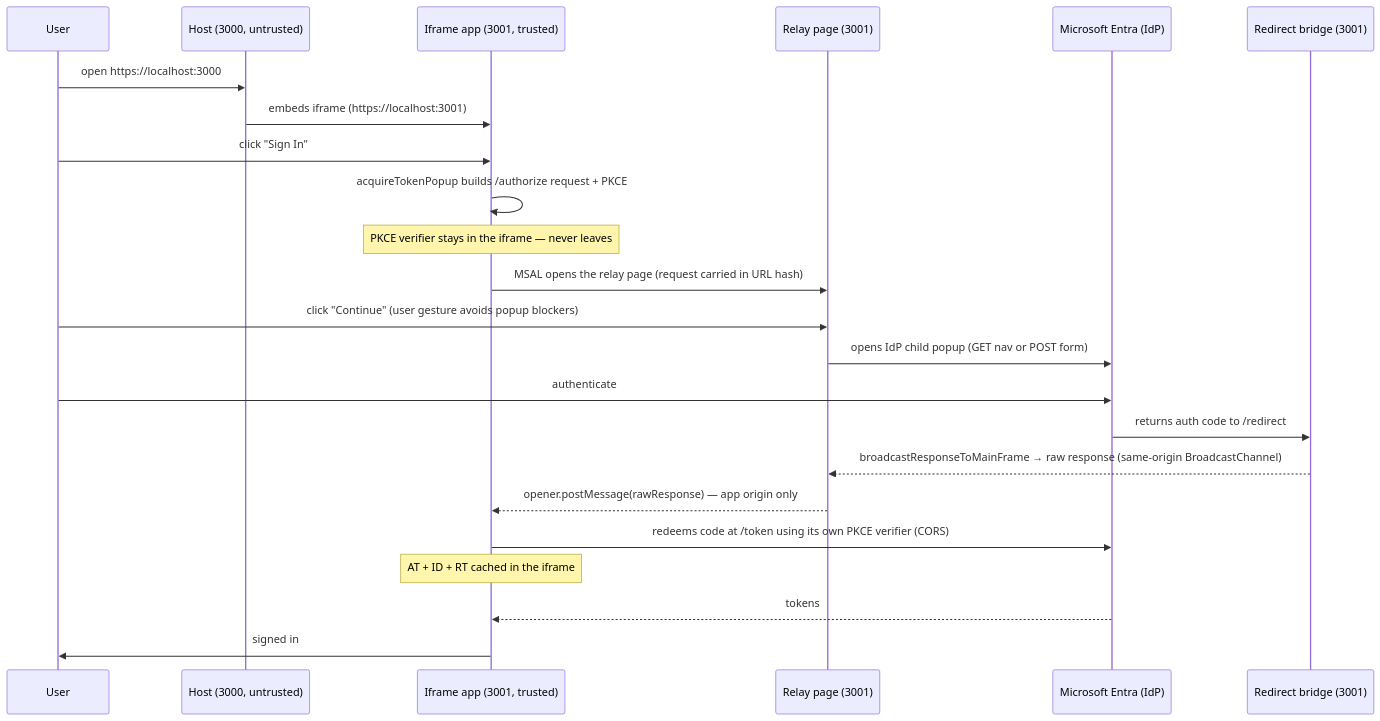
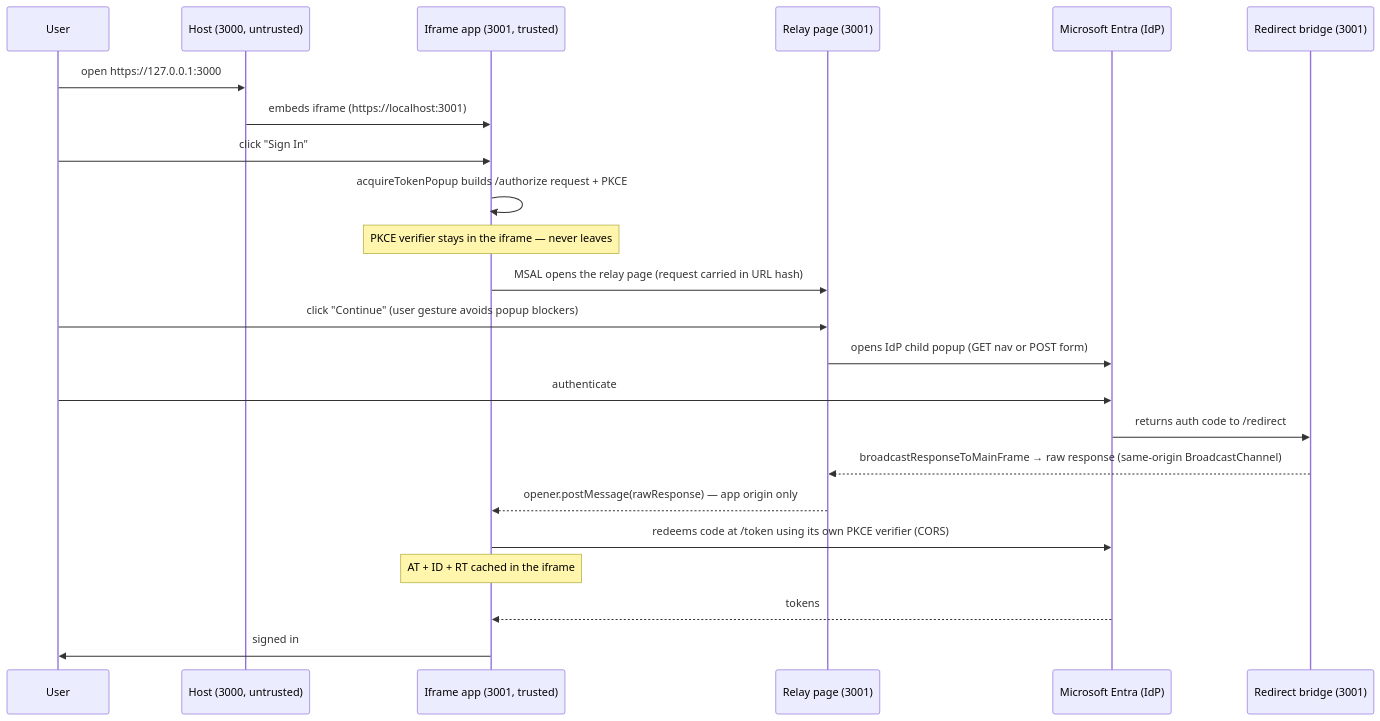
The diagram in samples/msal-browser-samples/UntrustedTopFrameSample/README.md (AzureAD/microsoft-authentication-library-for-js), drawn with Mermaid before and after one commit. The commit also changed other lines of this file and 13 other files, not shown here.

````diff
--- a/samples/msal-browser-samples/UntrustedTopFrameSample/README.md
+++ b/samples/msal-browser-samples/UntrustedTopFrameSample/README.md
@@ -45,25 +45,25 @@
 ```mermaid
 sequenceDiagram
     participant U as User
     participant H as Host (3000, untrusted)
     participant I as Iframe app (3001, trusted)
     participant R as Relay page (3001)
     participant E as Microsoft Entra (IdP)
     participant C as Redirect bridge (3001)
-    U->>H: open https://localhost:3000
+    U->>H: open https://127.0.0.1:3000
     H->>I: embeds iframe (https://localhost:3001)
     U->>I: click "Sign In"
     I->>I: acquireTokenPopup builds /authorize request + PKCE
     Note over I: PKCE verifier stays in the iframe — never leaves
     I->>R: MSAL opens the relay page (request carried in URL hash)
     U->>R: click "Continue" (user gesture avoids popup blockers)
     R->>E: opens IdP child popup (GET nav or POST form)
     U->>E: authenticate
     E->>C: returns auth code to /redirect
     C-->>R: broadcastResponseToMainFrame → raw response (same-origin BroadcastChannel)
     R-->>I: opener.postMessage(rawResponse) — app origin only
     I->>E: redeems code at /token using its own PKCE verifier (CORS)
     Note over I: AT + ID + RT cached in the iframe
     E-->>I: tokens
     I->>U: signed in
 ```
````
